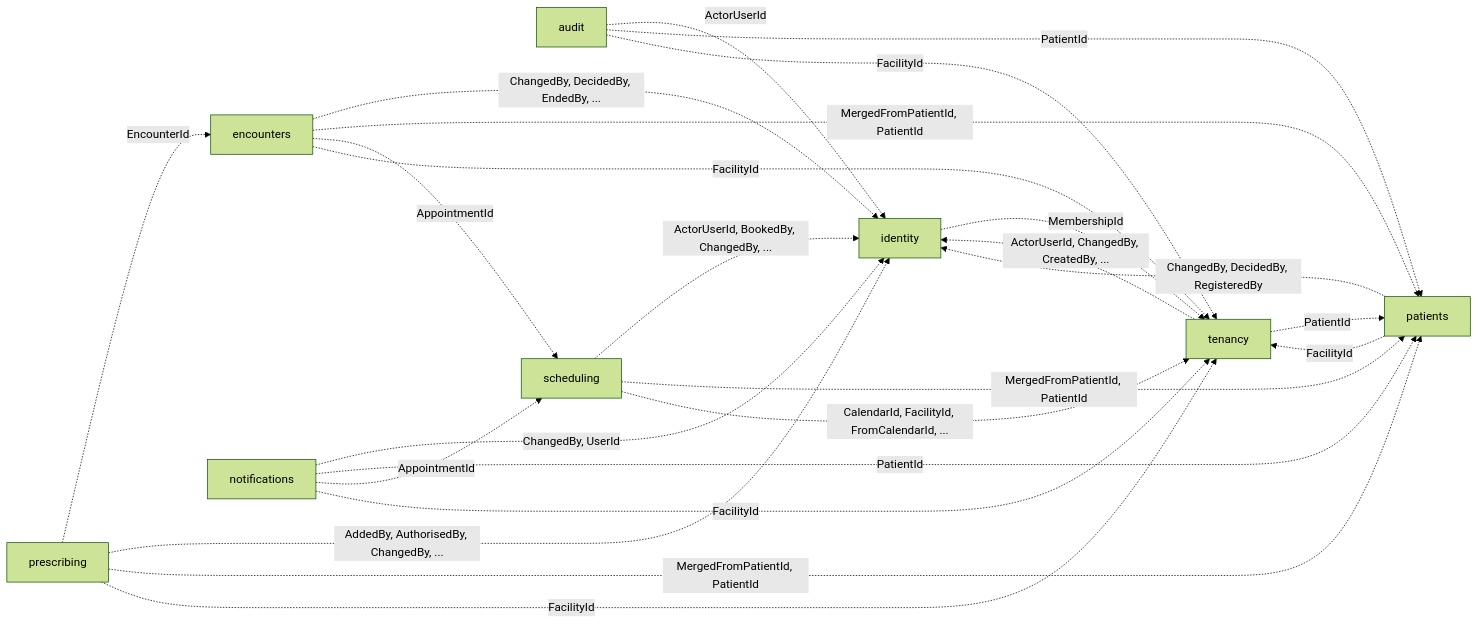
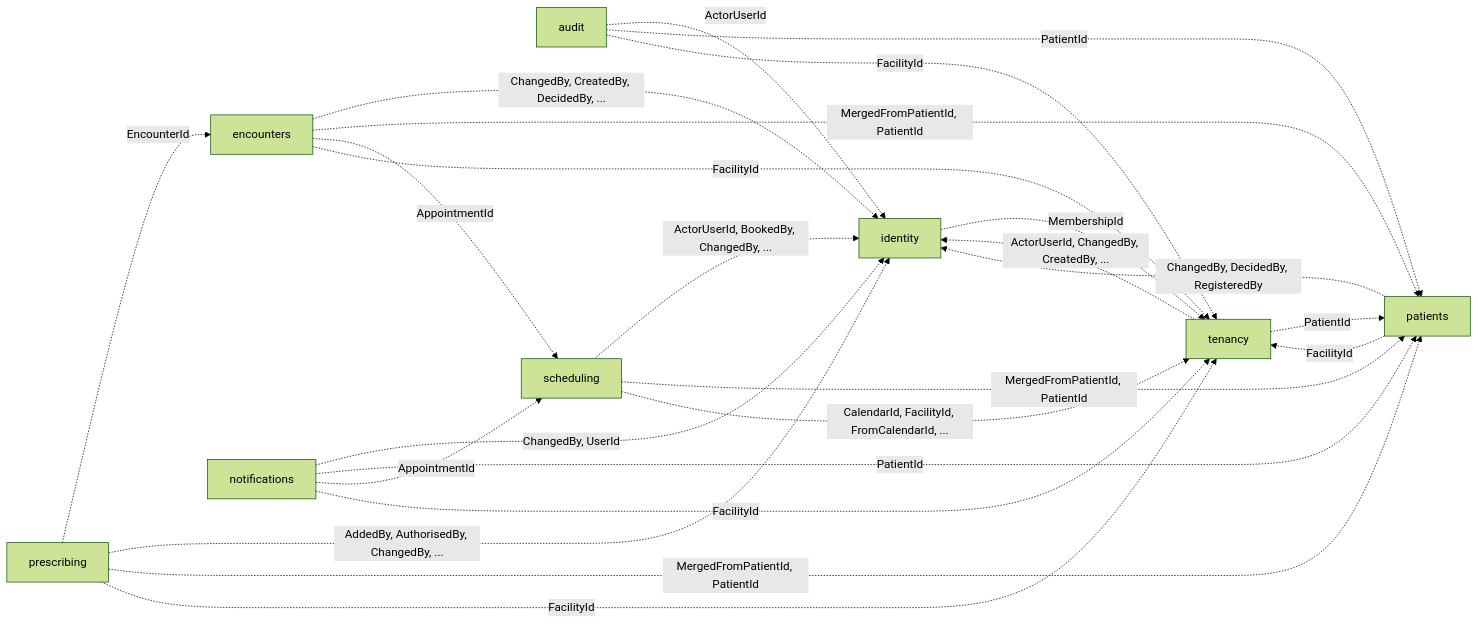
Before and after one commit to ALFRED-LUCIFER/medvya: the third of 14 diagrams in docs/03-architecture/erd.md, drawn with Mermaid (forest theme). The commit also changed other lines of this file and 19 other files, not shown here.

````diff
--- a/docs/03-architecture/erd.md
+++ b/docs/03-architecture/erd.md
@@ -95,26 +95,26 @@
 ```mermaid
 flowchart LR
   audit -.->|"ActorUserId"| identity
   audit -.->|"PatientId"| patients
   audit -.->|"FacilityId"| tenancy
-  encounters -.->|"ChangedBy, DecidedBy, EndedBy, ..."| identity
+  encounters -.->|"ChangedBy, CreatedBy, DecidedBy, ..."| identity
   encounters -.->|"MergedFromPatientId, PatientId"| patients
   encounters -.->|"AppointmentId"| scheduling
   encounters -.->|"FacilityId"| tenancy
   identity -.->|"MembershipId"| tenancy
   notifications -.->|"ChangedBy, UserId"| identity
   notifications -.->|"PatientId"| patients
   notifications -.->|"AppointmentId"| scheduling
   notifications -.->|"FacilityId"| tenancy
   patients -.->|"ChangedBy, DecidedBy, RegisteredBy"| identity
   patients -.->|"FacilityId"| tenancy
   prescribing -.->|"EncounterId"| encounters
   prescribing -.->|"AddedBy, AuthorisedBy, ChangedBy, ..."| identity
   prescribing -.->|"MergedFromPatientId, PatientId"| patients
   prescribing -.->|"FacilityId"| tenancy
   scheduling -.->|"ActorUserId, BookedBy, ChangedBy, ..."| identity
   scheduling -.->|"MergedFromPatientId, PatientId"| patients
   scheduling -.->|"CalendarId, FacilityId, FromCalendarId, ..."| tenancy
   tenancy -.->|"ActorUserId, ChangedBy, CreatedBy, ..."| identity
   tenancy -.->|"PatientId"| patients
 ```
````
